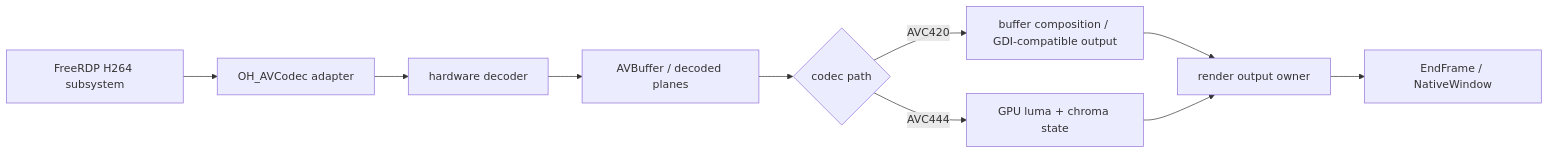
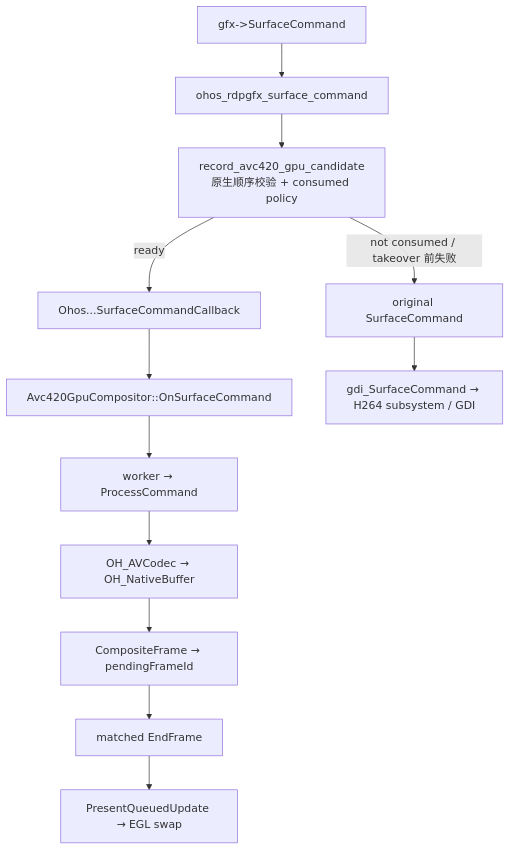
Before and after one commit to xiaomu120413/harmonyos-sdd-ralph-workshop: the ninth of 12 diagrams in harmonyos-sdd-ralph-workshop.md, drawn with Mermaid. The commit also changed other lines of this file and 19 other files, not shown here.

First line of the commit message:
Add source-level GPU flow and task decomposition

````diff
--- a/harmonyos-sdd-ralph-workshop.md
+++ b/harmonyos-sdd-ralph-workshop.md
@@ -1709,12 +1709,14 @@
 ```mermaid
-flowchart LR
-    A[FreeRDP H264 subsystem] --> B[OH_AVCodec adapter]
-    B --> C[hardware decoder]
-    C --> D[AVBuffer / decoded planes]
-    D --> E{codec path}
-    E -->|AVC420| F[buffer composition / GDI-compatible output]
-    E -->|AVC444| G[GPU luma + chroma state]
-    F --> H[render output owner]
-    G --> H
-    H --> I[EndFrame / NativeWindow]
+flowchart TD
+    A["gfx->SurfaceCommand"] --> B["ohos_rdpgfx_surface_command"]
+    B --> C["record_avc420_gpu_candidate<br/>原生顺序校验 + consumed policy"]
+    C -->|ready| D["Ohos...SurfaceCommandCallback"]
+    D --> E["Avc420GpuCompositor::OnSurfaceCommand"]
+    E --> F["worker → ProcessCommand"]
+    F --> G["OH_AVCodec → OH_NativeBuffer"]
+    G --> H["CompositeFrame → pendingFrameId"]
+    H --> I["matched EndFrame"]
+    I --> J["PresentQueuedUpdate → EGL swap"]
+    C -->|not consumed / takeover 前失败| K["original SurfaceCommand"]
+    K --> L["gdi_SurfaceCommand → H264 subsystem / GDI"]
 ```
````
